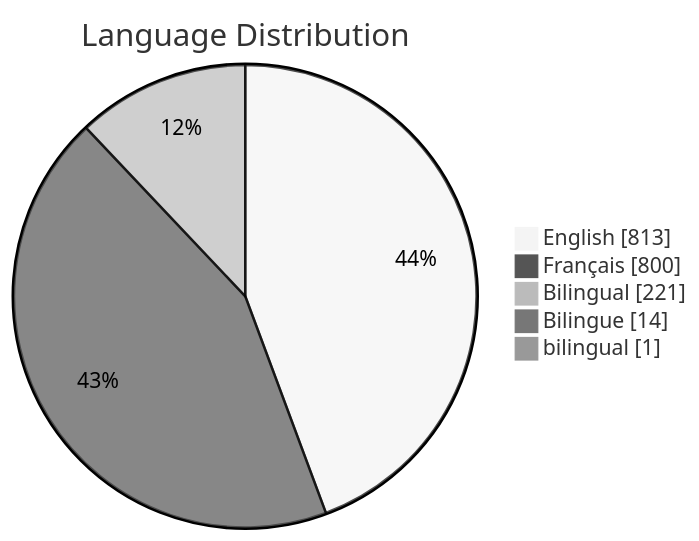
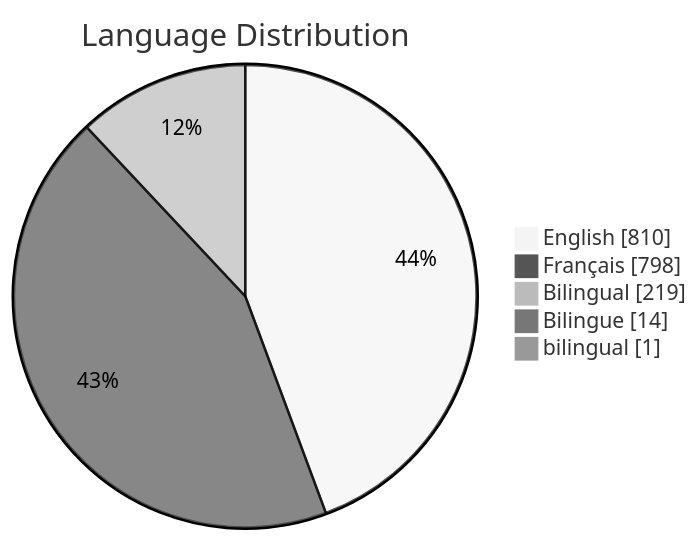
The third of 6 diagrams in README.md (PatLittle/GC-Socials), drawn with Mermaid (neutral theme) before and after one commit. The commit also changed other lines of this file, not shown here.

Commit message:
Update README with Platform Distribution pie chart

````diff
--- a/README.md
+++ b/README.md
@@ -66,8 +66,8 @@
 ```mermaid
 pie showData title Language Distribution
-    "English": 813
-    "Français": 800
-    "Bilingual": 221
+    "English": 810
+    "Français": 798
+    "Bilingual": 219
     "Bilingue": 14
     "bilingual": 1
 ```
````
